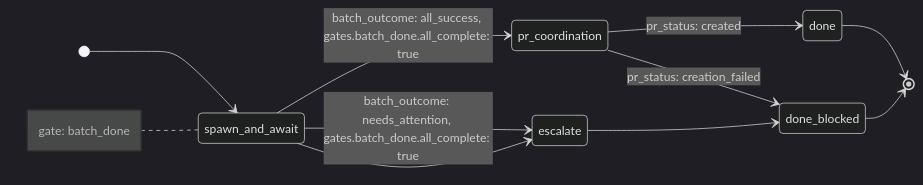
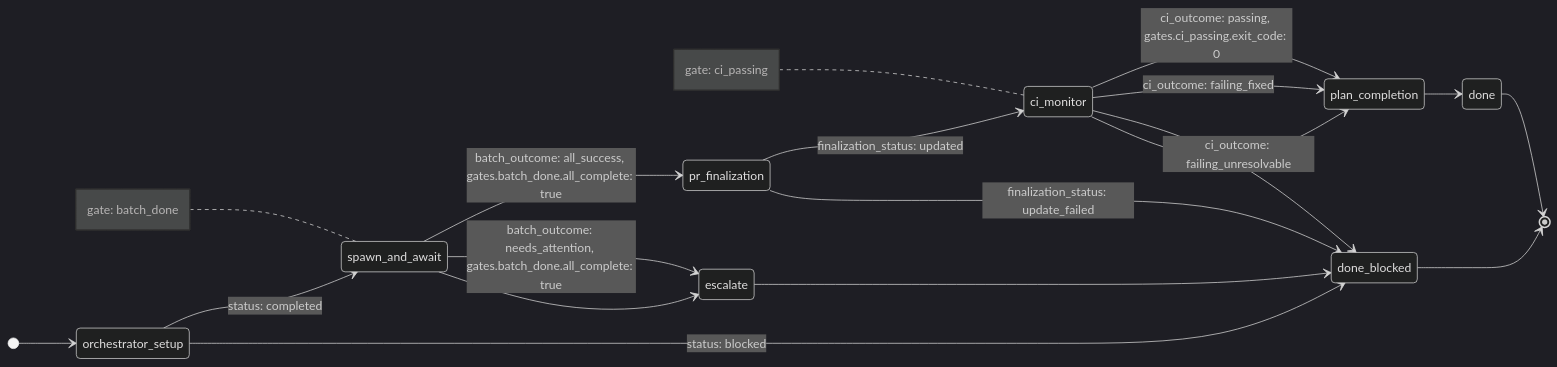
Before and after one commit to tsukumogami/shirabe: the diagram in skills/work-on/koto-templates/work-on-plan.mermaid.md, drawn with Mermaid (dark theme).

Commit message:
chore(work-on): regenerate work-on-plan Mermaid diagram

````diff
--- a/skills/work-on/koto-templates/work-on-plan.mermaid.md
+++ b/skills/work-on/koto-templates/work-on-plan.mermaid.md
@@ -1,16 +1,26 @@
 ```mermaid
 stateDiagram-v2
     direction LR
-    [*] --> spawn_and_await
+    [*] --> orchestrator_setup
+    ci_monitor --> plan_completion : ci_outcome: passing, gates.ci_passing.exit_code: 0
+    ci_monitor --> plan_completion : ci_outcome: failing_fixed
+    ci_monitor --> done_blocked : ci_outcome: failing_unresolvable
+    ci_monitor --> plan_completion
     escalate --> done_blocked
-    pr_coordination --> done : pr_status: created
-    pr_coordination --> done_blocked : pr_status: creation_failed
-    spawn_and_await --> pr_coordination : batch_outcome: all_success, gates.batch_done.all_complete: true
+    orchestrator_setup --> spawn_and_await : status: completed
+    orchestrator_setup --> done_blocked : status: blocked
+    plan_completion --> done
+    pr_finalization --> ci_monitor : finalization_status: updated
+    pr_finalization --> done_blocked : finalization_status: update_failed
+    spawn_and_await --> pr_finalization : batch_outcome: all_success, gates.batch_done.all_complete: true
     spawn_and_await --> escalate : batch_outcome: needs_attention, gates.batch_done.all_complete: true
     spawn_and_await --> escalate
     done --> [*]
     done_blocked --> [*]
+    note left of ci_monitor
+        gate: ci_passing
+    end note
     note left of spawn_and_await
         gate: batch_done
     end note
 ```
````
